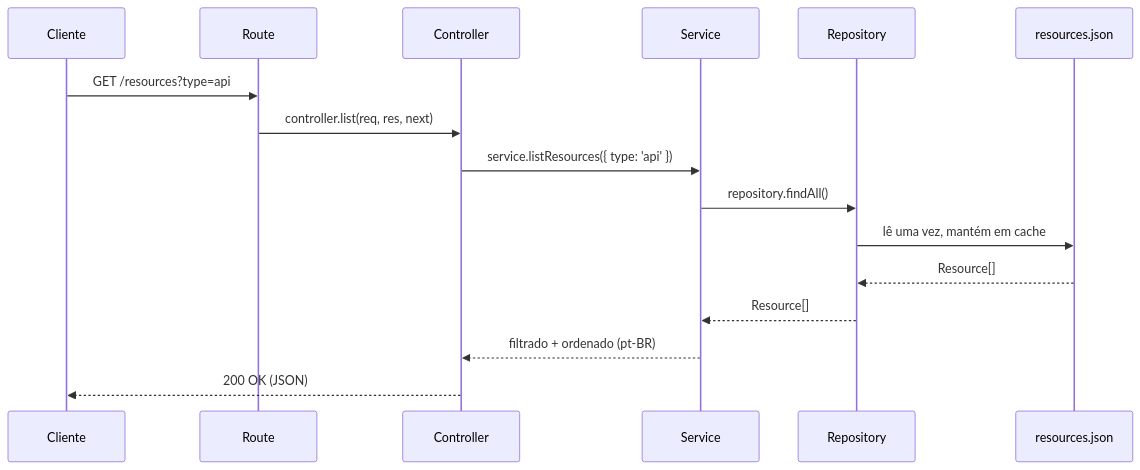
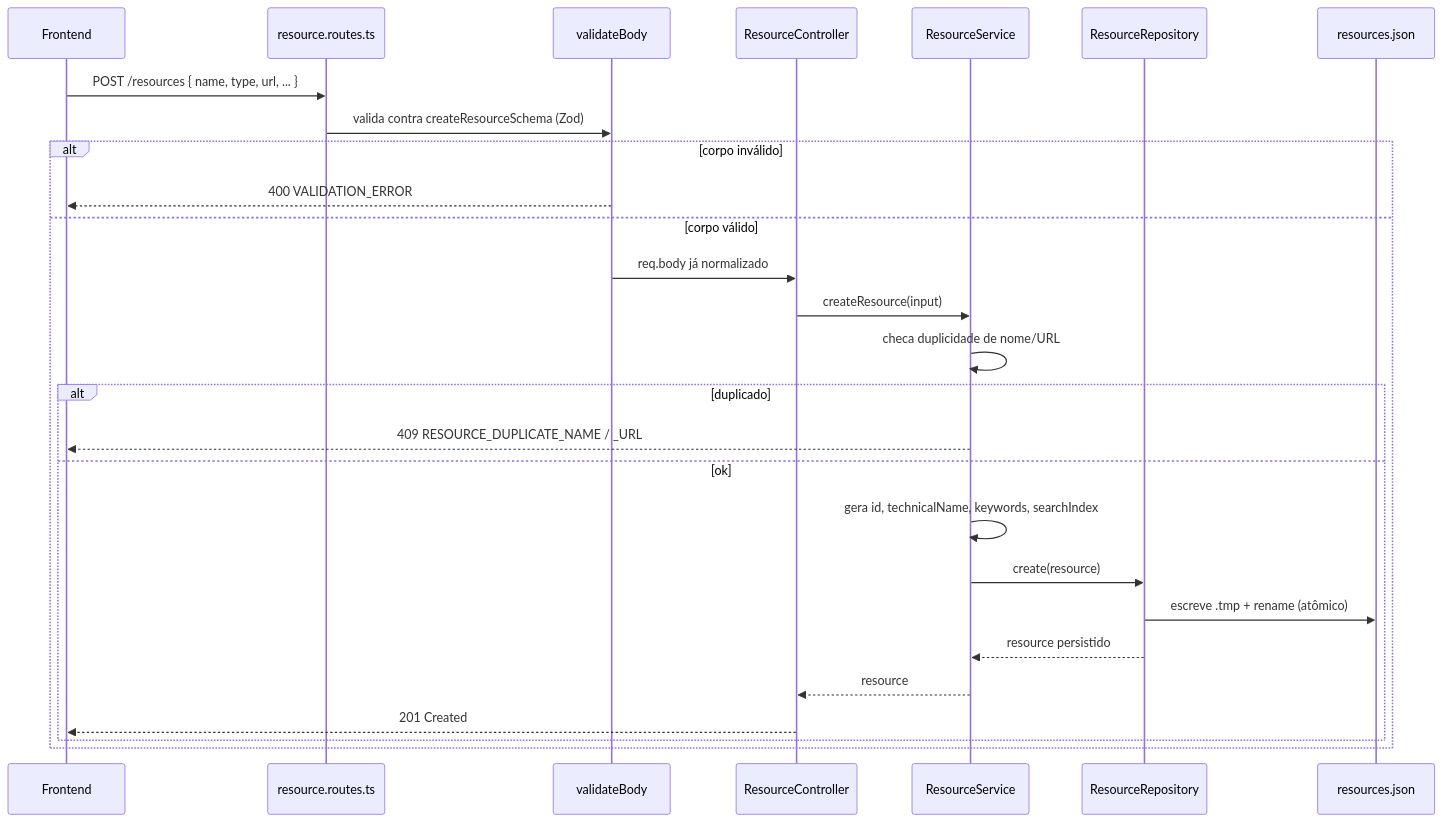
Before and after one commit to alanerochaa/buni-hub-api: the third of 4 diagrams in README.md, drawn with Mermaid. The commit also changed other lines of this file and 23 other files, not shown here.

````diff
--- a/README.md
+++ b/README.md
@@ -81,19 +283,30 @@
 ```mermaid
 sequenceDiagram
-    participant Cliente
-    participant Route
-    participant Controller
-    participant Service
-    participant Repository
-    participant Data as resources.json
+    participant Client as Frontend
+    participant Route as resource.routes.ts
+    participant Mid as validateBody
+    participant Ctrl as ResourceController
+    participant Svc as ResourceService
+    participant Repo as ResourceRepository
+    participant FS as resources.json
 
-    Cliente->>Route: GET /resources?type=api
-    Route->>Controller: controller.list(req, res, next)
-    Controller->>Service: service.listResources({ type: 'api' })
-    Service->>Repository: repository.findAll()
-    Repository->>Data: lê uma vez, mantém em cache
-    Data-->>Repository: Resource[]
-    Repository-->>Service: Resource[]
-    Service-->>Controller: filtrado + ordenado (pt-BR)
-    Controller-->>Cliente: 200 OK (JSON)
+    Client->>Route: POST /resources { name, type, url, ... }
+    Route->>Mid: valida contra createResourceSchema (Zod)
+    alt corpo inválido
+        Mid-->>Client: 400 VALIDATION_ERROR
+    else corpo válido
+        Mid->>Ctrl: req.body já normalizado
+        Ctrl->>Svc: createResource(input)
+        Svc->>Svc: checa duplicidade de nome/URL
+        alt duplicado
+            Svc-->>Client: 409 RESOURCE_DUPLICATE_NAME / _URL
+        else ok
+            Svc->>Svc: gera id, technicalName, keywords, searchIndex
+            Svc->>Repo: create(resource)
+            Repo->>FS: escreve .tmp + rename (atômico)
+            Repo-->>Svc: resource persistido
+            Svc-->>Ctrl: resource
+            Ctrl-->>Client: 201 Created
+        end
+    end
 ```
````
